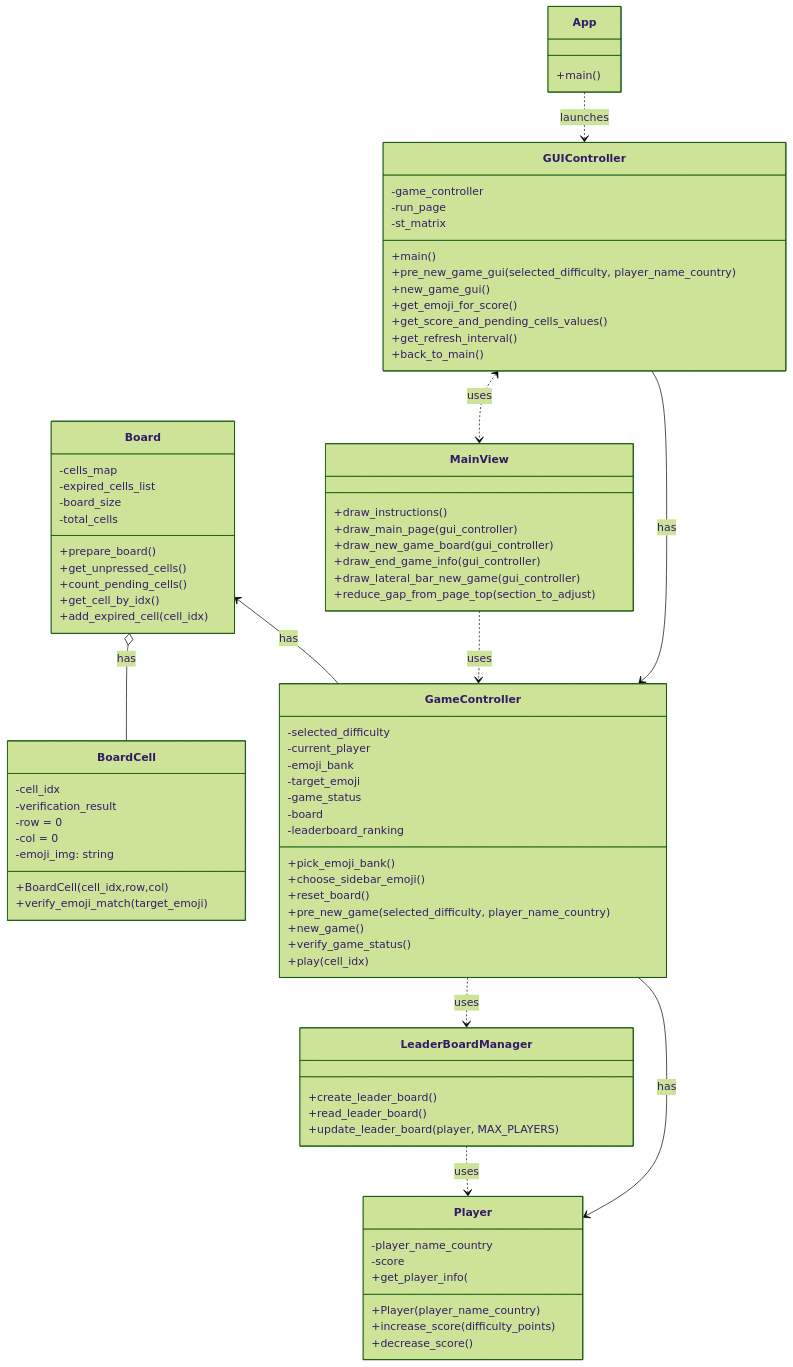
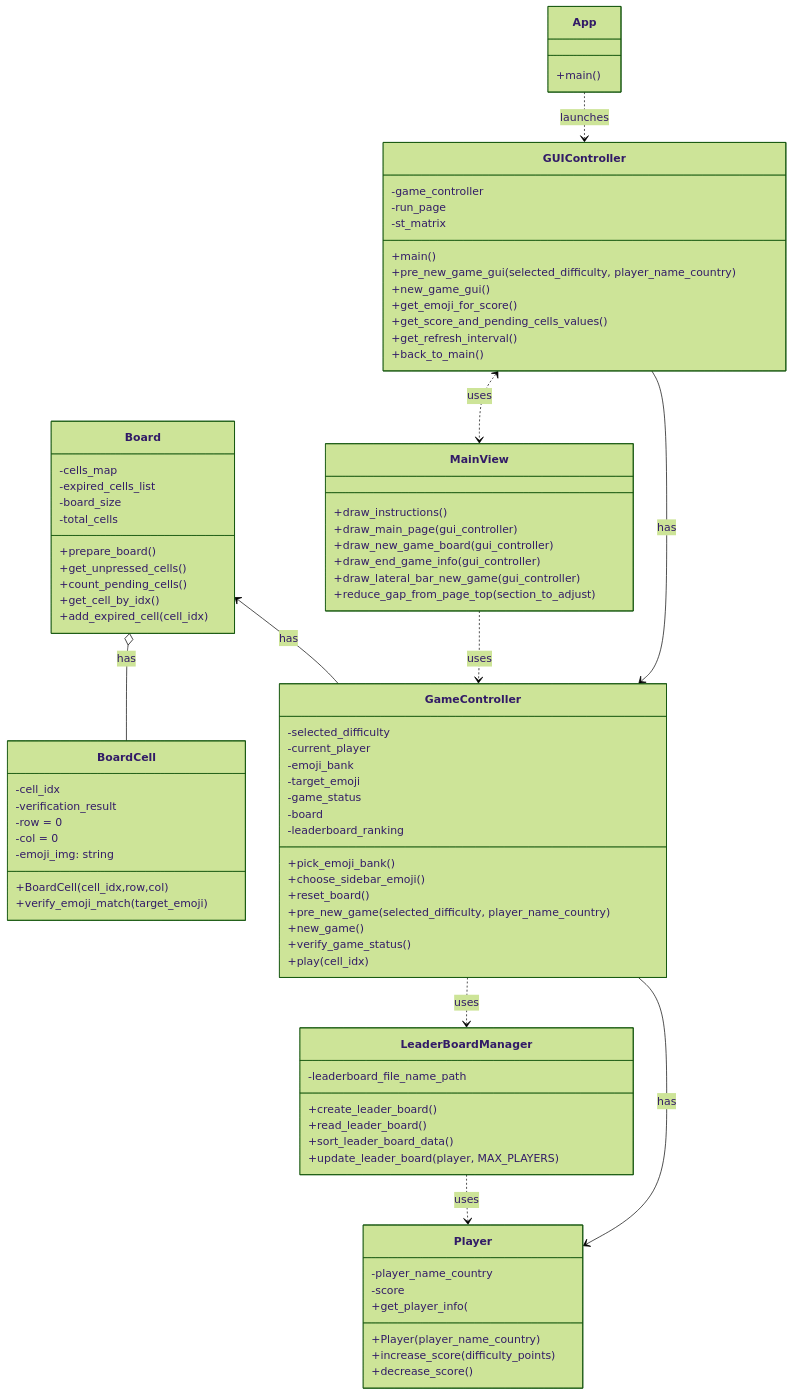
Before and after one commit to 300CIS017-Object-Oriented-Programming/9.-pixmatch_refactor: the diagram in README.md, drawn with Mermaid (forest theme).

Commit message:
MOD: Ajsuta diagrama UML para agregar atributos pendientes

```diff
--- a/README.md
+++ b/README.md
@@ -98,8 +98,11 @@
         +verify_emoji_match(target_emoji)
     }
     class LeaderBoardManager {
+        -leaderboard_file_name_path
+    
         +create_leader_board()
         +read_leader_board()
+        +sort_leader_board_data()
         +update_leader_board(player, MAX_PLAYERS)
     }
     class Player {
```
